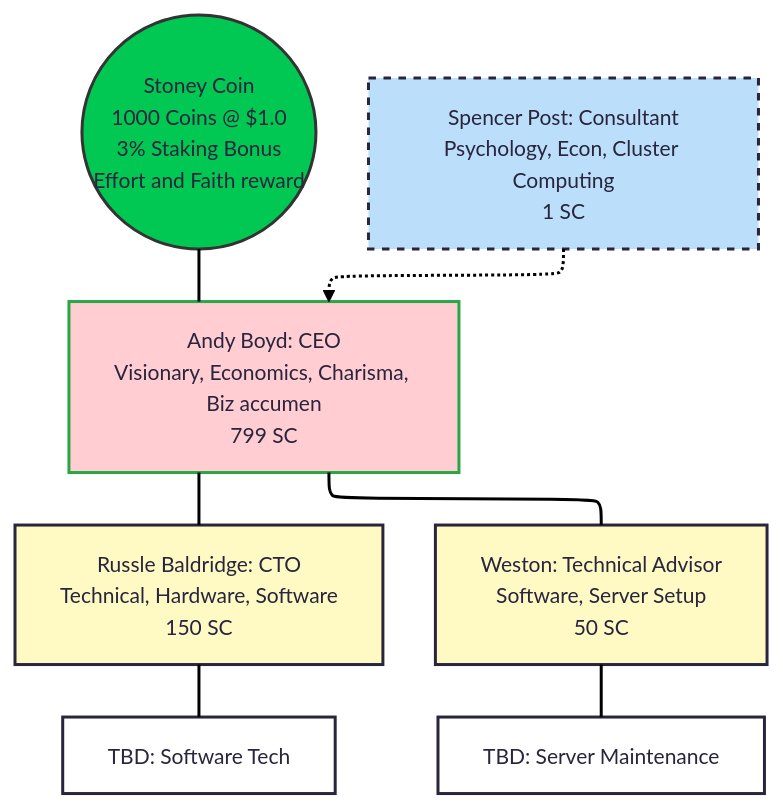
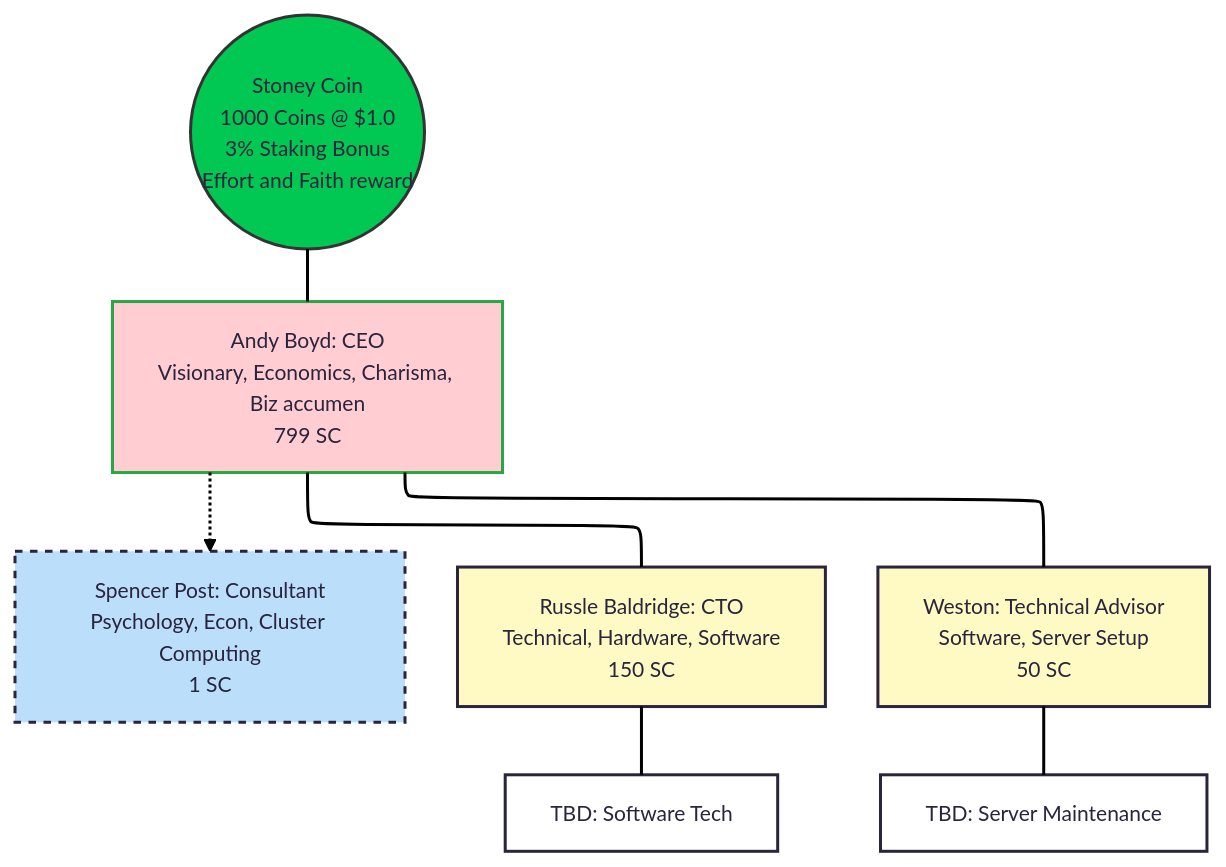
One commit to xorn/Stone-Tensor changed the diagram in README.mmd. Above: the diagram before and after it, drawn with Mermaid.

Commit message:
Fix connection direction and style in README

```diff
--- a/README.mmd
+++ b/README.mmd
@@ -1,35 +1,35 @@
 ---
 config:
   theme: redux
   look: classic
   layout: elk
 ---
 flowchart TB
     %% Nodes
     SC(("Stoney Coin<br>1000 Coins @ $1.0<br>3% Staking Bonus<br> Effort and Faith reward"))
     AB["Andy Boyd: CEO<br>Visionary, Economics, Charisma, Biz accumen<br>799 SC"]
     SP["Spencer Post: Consultant<br>Psychology, Econ, Cluster Computing<br>1 SC"]
     
     RB["Russle Baldridge: CTO<br>Technical, Hardware, Software<br>150 SC"]
     W["Weston: Technical Advisor<br>Software, Server Setup<br>50 SC"]
     
     TBD1["TBD: Software Tech"]
     TBD2["TBD: Server Maintenance"]
 
     %% Connections
     SC --- AB
     
     %% Spencer connection: Linked only to Andy, positioned "up/right" 
-    SP -.-> AB
+    AB -.-> SP
 
     %% Lower Hierarchy
     AB --- RB & W
     RB --- TBD1
     W --- TBD2
 
     %% Styling
     style SC fill:#00C853,stroke:#333,stroke-width:2px
     style AB fill:#FFCDD2,stroke:#28a745,stroke-weight:2px
     style RB fill:#FFF9C4
     style W fill:#FFF9C4
     style SP stroke-dasharray: 5 5,fill:#BBDEFB
```
